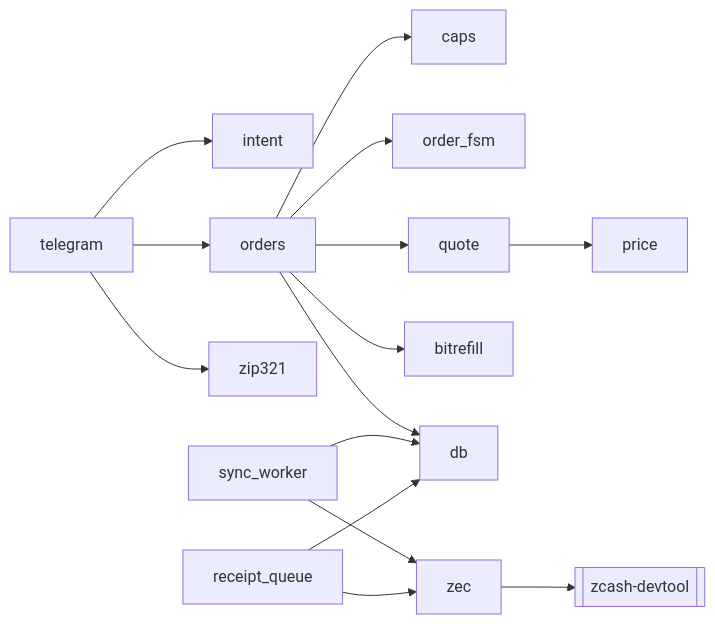
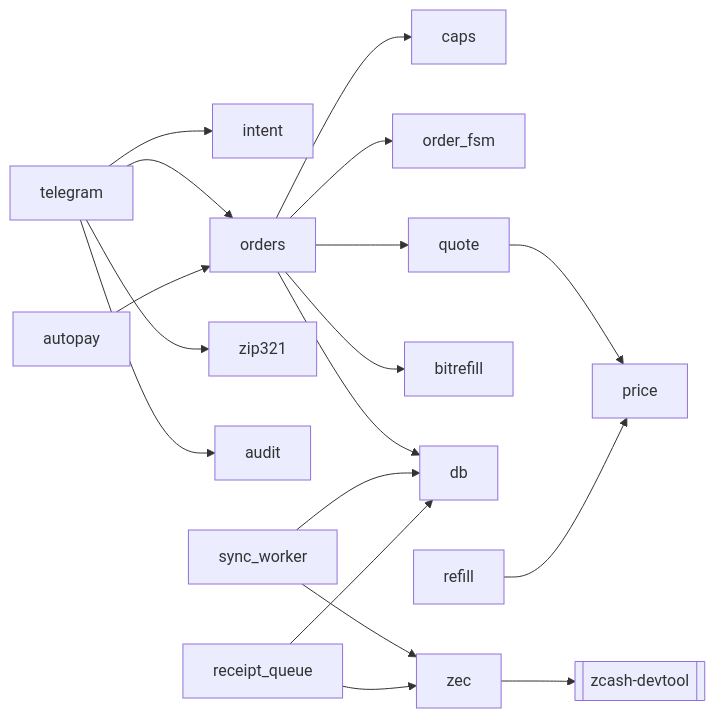
The second of 5 diagrams in ARCHITECTURE.md (Vishal4742/shielded-shopping-agent), drawn with Mermaid before and after one commit. The commit also changed other lines of this file and 6 other files, not shown here.

````diff
--- a/ARCHITECTURE.md
+++ b/ARCHITECTURE.md
@@ -31,14 +32,17 @@
 ```mermaid
 flowchart LR
   telegram --> intent
   telegram --> orders
   orders --> caps & order_fsm & quote
   orders --> bitrefill
   orders --> db
   quote --> price
   telegram --> zip321
+  telegram --> audit
+  autopay --> orders
+  refill --> price
   sync_worker --> zec --> devtool[[zcash-devtool]]
   receipt_queue --> zec
   sync_worker --> db
   receipt_queue --> db
 ```
````
